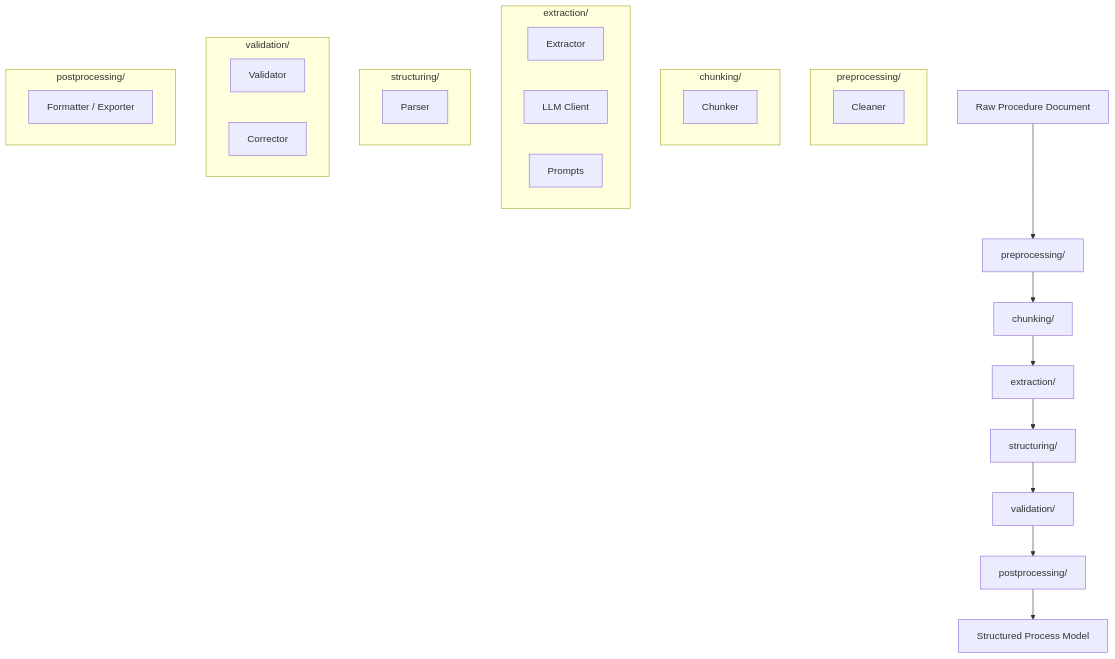
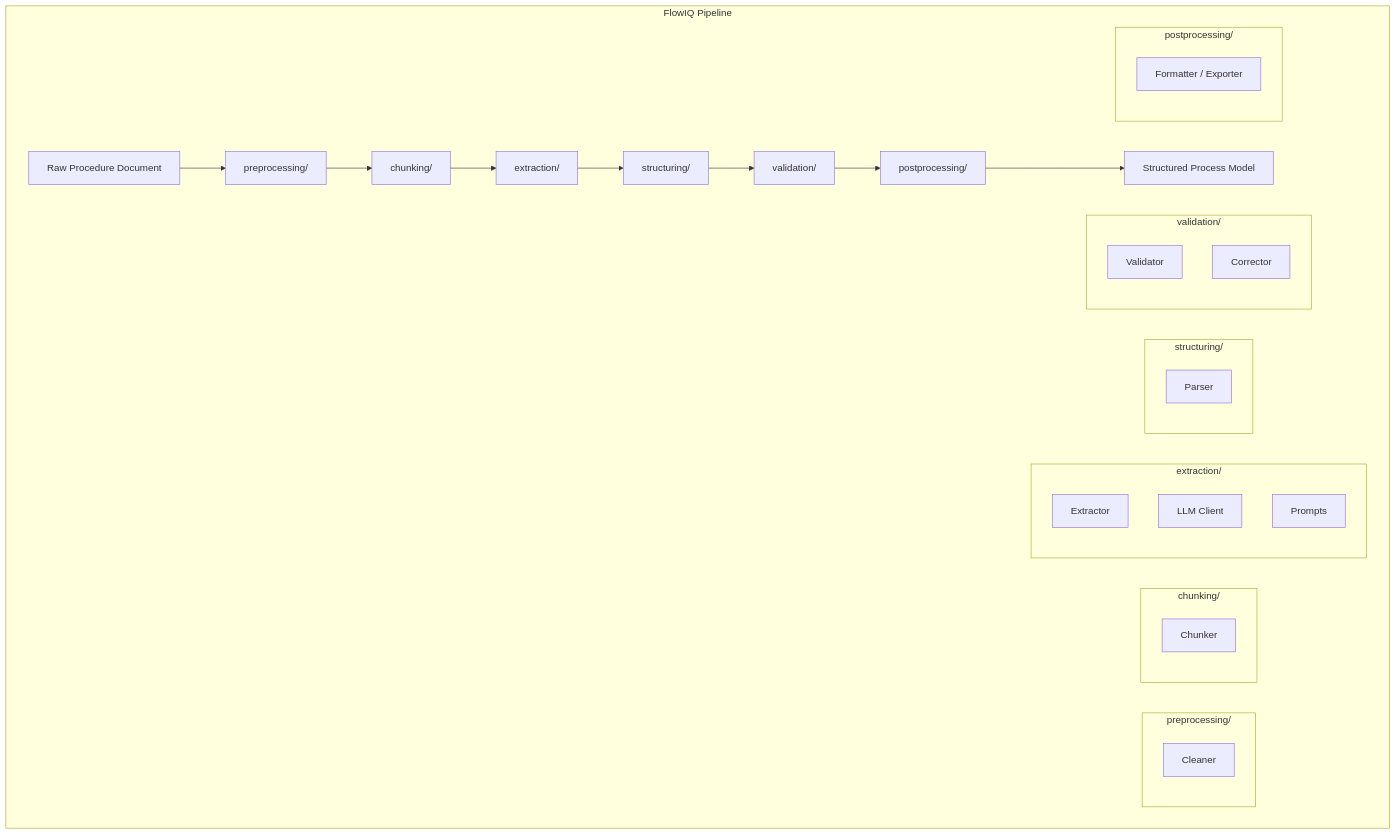
Before and after one commit to dtminnick/FlowIQ: the diagram in README.md, drawn with Mermaid.

Commit message:
Readme updates

````diff
--- a/README.md
+++ b/README.md
@@ -5,43 +5,48 @@
 ```mermaid
 flowchart TD
-    A[Raw Procedure Document] --> B[preprocessing/]
-    B --> C[chunking/]
-    C --> D[extraction/]
-    D --> E[structuring/]
-    E --> F[validation/]
-    F --> G[postprocessing/]
-    G --> H[Structured Process Model]
 
-    %% Proprocessing
-    subgraph preprocessing/
-        B1[Cleaner]
-    end
+    subgraph FlowIQ Pipeline
 
-    %% Chunking
-    subgraph chunking/
-        C1[Chunker]
-    end
+        A[Raw Procedure Document] --> B[preprocessing/]
+        B --> C[chunking/]
+        C --> D[extraction/]
+        D --> E[structuring/]
+        E --> F[validation/]
+        F --> G[postprocessing/]
+        G --> H[Structured Process Model]
 
-    %% Extraction
-    subgraph extraction/
-        D1[Extractor]
-        D2[LLM Client]
-        D3[Prompts]
-    end
+        %% Proprocessing
+        subgraph preprocessing/
+            B1[Cleaner]
+        end
 
-    %% Structuring
-    subgraph structuring/
-        E1[Parser]
-    end
+        %% Chunking
+        subgraph chunking/
+            C1[Chunker]
+        end
 
-    %% Validation
-    subgraph validation/
-        F1[Validator]
-        F2[Corrector]
-    end
+        %% Extraction
+        subgraph extraction/
+            D1[Extractor]
+            D2[LLM Client]
+            D3[Prompts]
+        end
 
-    %% Postprocessing
-    subgraph postprocessing/
-        G1[Formatter / Exporter]
+        %% Structuring
+        subgraph structuring/
+            E1[Parser]
+        end
+
+        %% Validation
+        subgraph validation/
+            F1[Validator]
+            F2[Corrector]
+        end
+
+        %% Postprocessing
+        subgraph postprocessing/
+            G1[Formatter / Exporter]
+        end
+
     end
 ```
````
